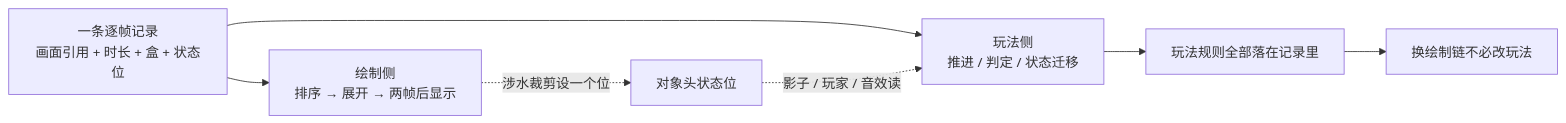
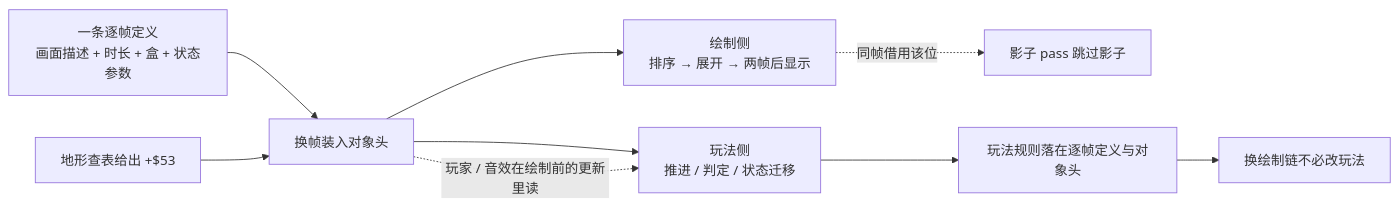
Diagram 17 of 17 in notes/06-method.md (OrochiZ/cadillacs-and-dinosaurs-rust-remake), drawn with Mermaid before and after one commit. The commit also changed other lines of this file, not shown here.

````diff
--- a/notes/06-method.md
+++ b/notes/06-method.md
@@ -2227,9 +2233,11 @@
 ```mermaid
 flowchart LR
-    R["一条逐帧记录<br/>画面引用 + 时长 + 盒 + 状态位"] --> P["玩法侧<br/>推进 / 判定 / 状态迁移"]
-    R --> D["绘制侧<br/>排序 → 展开 → 两帧后显示"]
-    D -.涉水裁剪设一个位.-> S["对象头状态位"]
-    S -.影子 / 玩家 / 音效读.-> P
-    P --> G["玩法规则全部落在记录里"]
+    R["一条逐帧定义<br/>画面描述 + 时长 + 盒 + 状态参数"] --> L["换帧装入对象头"]
+    L --> P["玩法侧<br/>推进 / 判定 / 状态迁移"]
+    L --> D["绘制侧<br/>排序 → 展开 → 两帧后显示"]
+    T["地形查表给出 +$53"] --> L
+    D -.同帧借用该位.-> S["影子 pass 跳过影子"]
+    L -.玩家 / 音效在绘制前的更新里读.-> P
+    P --> G["玩法规则落在逐帧定义与对象头"]
     G --> H["换绘制链不必改玩法"]
 ```
````
